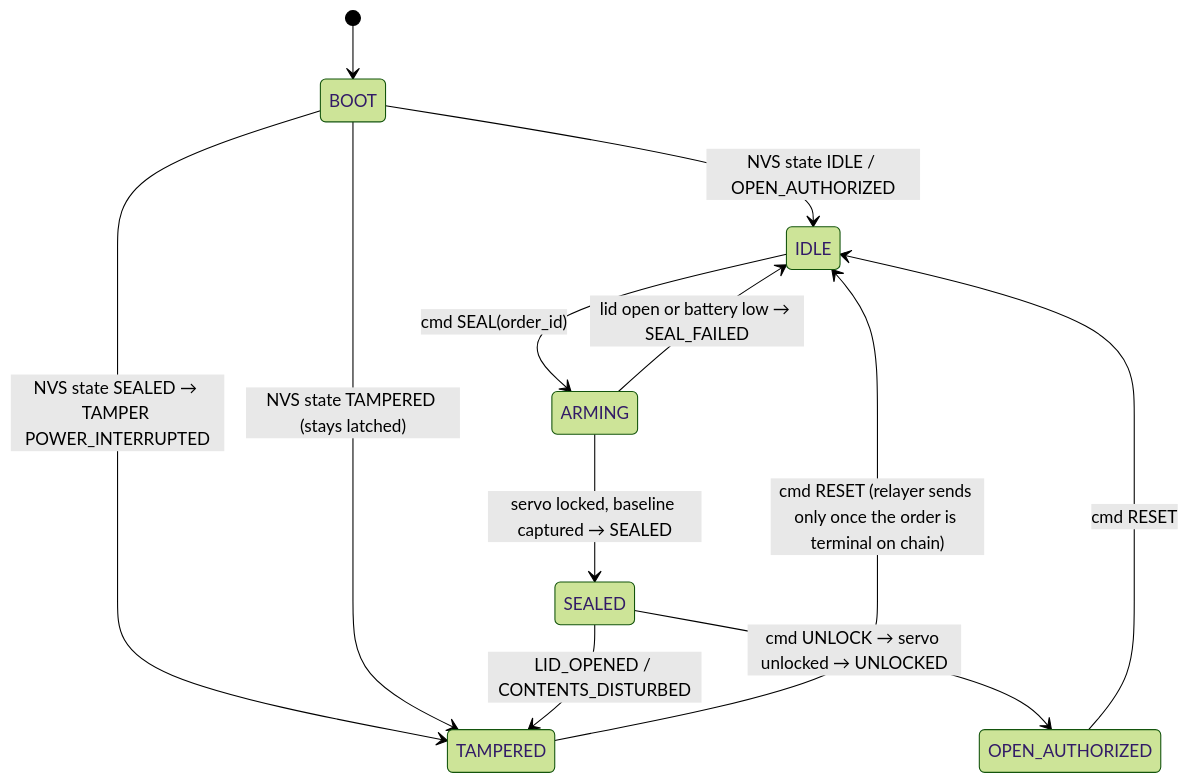
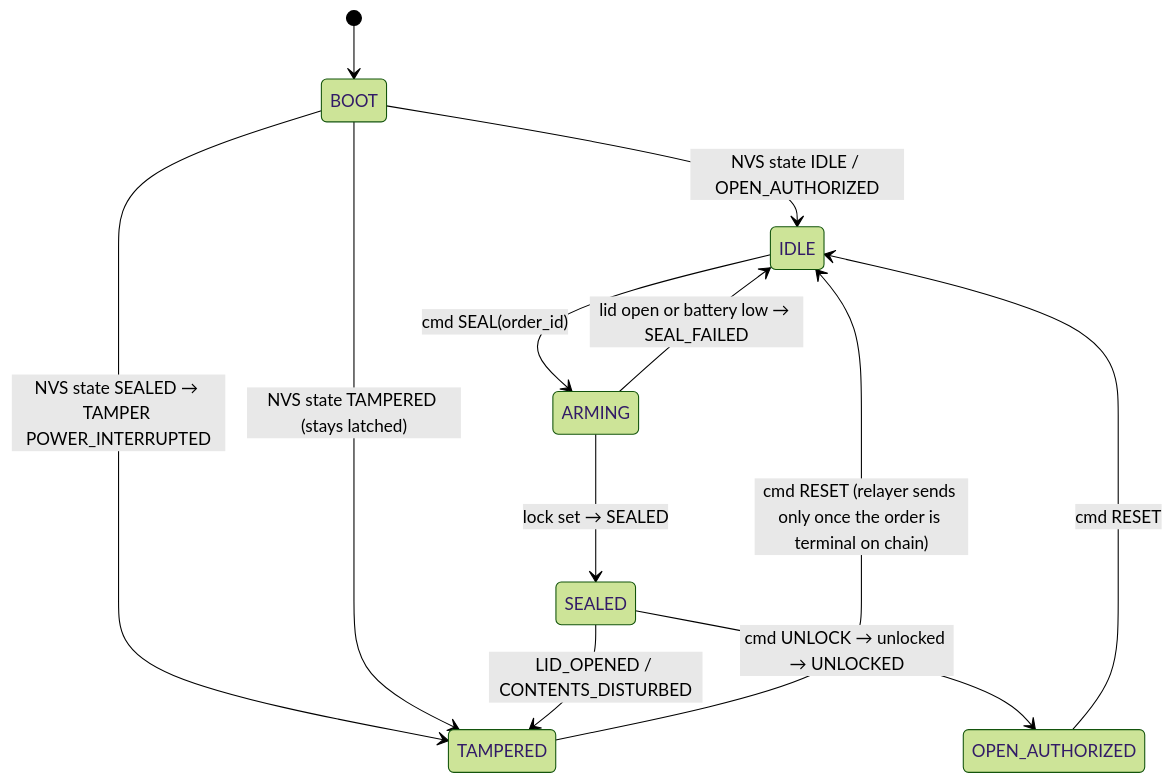
The second of 2 diagrams in docs/ARCHITECTURE.md (Hackmaass/TamperSafe), drawn with Mermaid (forest theme) before and after one commit. The commit also changed other lines of this file and 7 other files, not shown here.

````diff
--- a/docs/ARCHITECTURE.md
+++ b/docs/ARCHITECTURE.md
@@ -246,14 +246,14 @@
 ```mermaid
 stateDiagram-v2
   [*] --> BOOT
   BOOT --> IDLE: NVS state IDLE / OPEN_AUTHORIZED
   BOOT --> TAMPERED: NVS state SEALED → TAMPER POWER_INTERRUPTED
   BOOT --> TAMPERED: NVS state TAMPERED (stays latched)
   IDLE --> ARMING: cmd SEAL(order_id)
   ARMING --> IDLE: lid open or battery low → SEAL_FAILED
-  ARMING --> SEALED: servo locked, baseline captured → SEALED
+  ARMING --> SEALED: lock set → SEALED
   SEALED --> TAMPERED: LID_OPENED / CONTENTS_DISTURBED
-  SEALED --> OPEN_AUTHORIZED: cmd UNLOCK → servo unlocked → UNLOCKED
+  SEALED --> OPEN_AUTHORIZED: cmd UNLOCK → unlocked → UNLOCKED
   OPEN_AUTHORIZED --> IDLE: cmd RESET
   TAMPERED --> IDLE: cmd RESET (relayer sends only once the order is terminal on chain)
 ```
````
